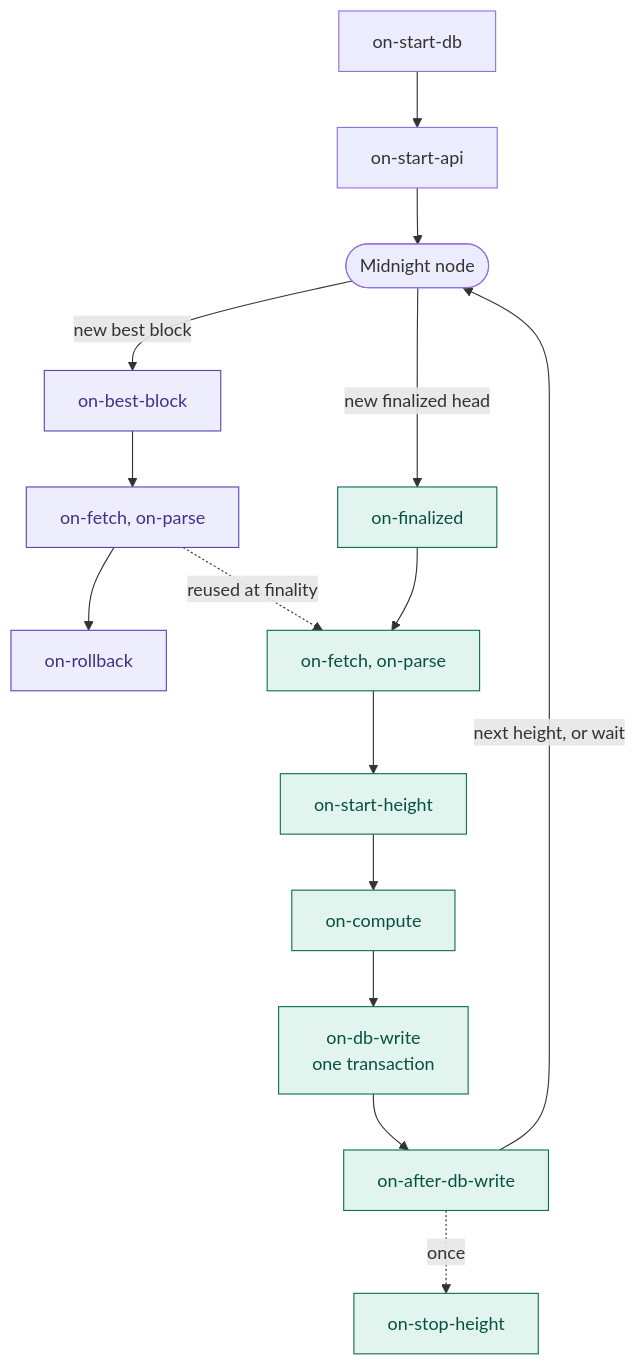
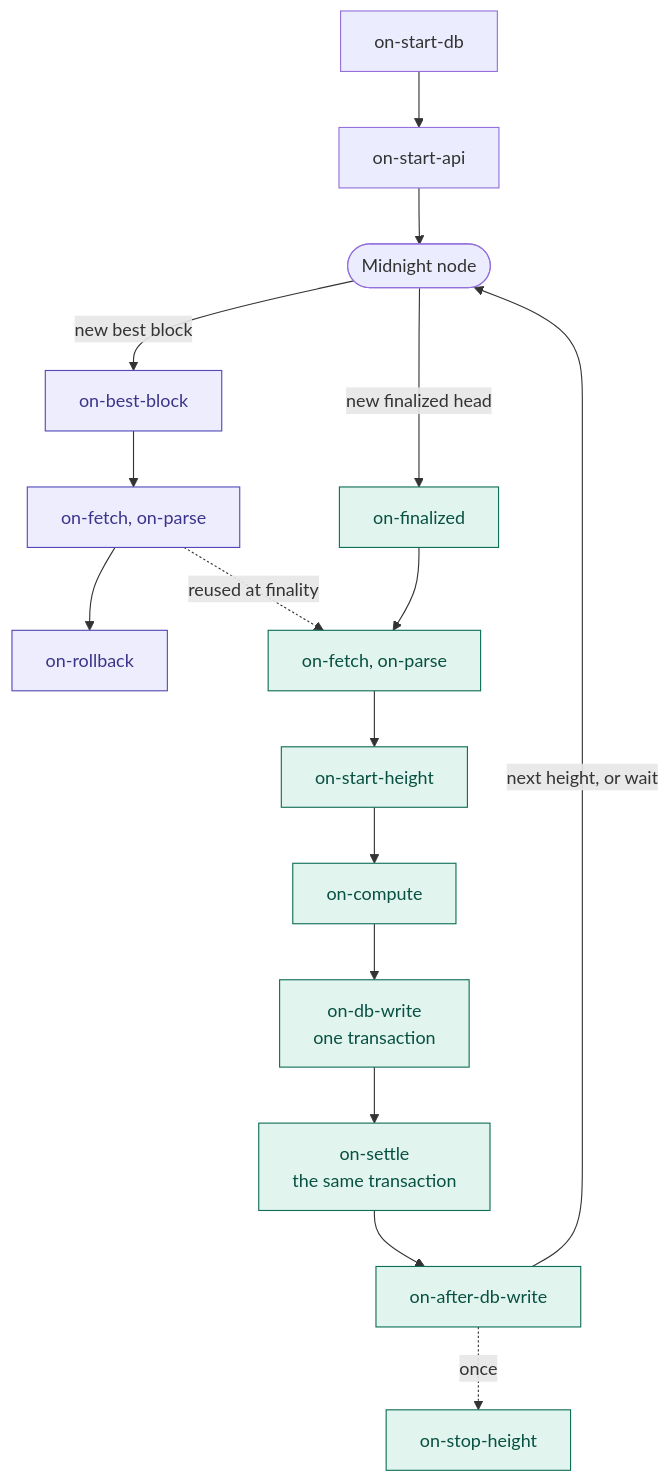
One commit to midnightntwrk/umbradb changed the diagram in README.md. Above: the diagram before and after it, drawn with Mermaid. The commit also changed other lines of this file and 2 other files, not shown here.

Commit message:
docs(module-guide): the on-settle point
The guide's per-height line, the count of points and the table of §3 gain
on-settle, with a paragraph on what it gets, when it is called, how a
failure is handled, that the engine chooses the runs and that its tables
must not depend on where they were cut, and an example: one row updated
once per run. §5 gives it the block write handle; §12 counts it among the
points before the commit and those that may run again after a lost
connection.

The README's and the node architecture's diagrams and lists of the
per-height points show it inside the block's transaction, after
on-db-write.

````diff
--- a/README.md
+++ b/README.md
@@ -414,21 +414,22 @@
 ```mermaid
 flowchart TD
   startdb["on-start-db"] --> startapi["on-start-api"]
   startapi --> node(["Midnight node"])
   node -- new best block --> best["on-best-block"]
   best --> bestfetch["on-fetch, on-parse"]
   bestfetch --> rollback["on-rollback"]
   node -- new finalized head --> fin["on-finalized"]
   fin --> fetch["on-fetch, on-parse"]
   bestfetch -. reused at finality .-> fetch
   fetch --> starth["on-start-height"]
   starth --> compute["on-compute"]
   compute --> write["on-db-write<br/>one transaction"]
-  write --> after["on-after-db-write"]
+  write --> settle["on-settle<br/>the same transaction"]
+  settle --> after["on-after-db-write"]
   after -- next height, or wait --> node
   after -. once .-> stoph["on-stop-height"]
   classDef unfinalized fill:#EEEDFE,stroke:#534AB7,color:#3C3489
   classDef finalized fill:#E1F5EE,stroke:#0F6E56,color:#085041
   class best,bestfetch,rollback unfinalized
-  class fin,fetch,starth,compute,write,after,stoph finalized
+  class fin,fetch,starth,compute,write,settle,after,stoph finalized
 ```
````
